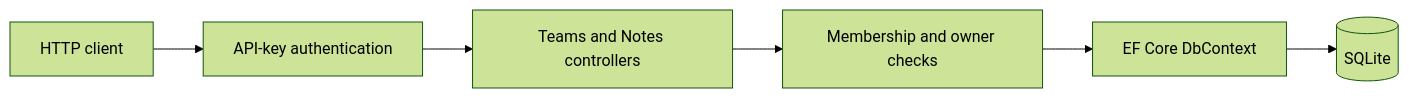
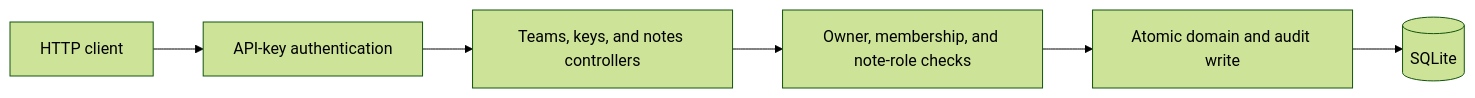
Before and after one commit to aldenpark/bluestaq-testgorilla-assessment: the first of 2 diagrams in README.md, drawn with Mermaid (forest theme). The commit also changed other lines of this file and 30 other files, not shown here.

````diff
--- a/README.md
+++ b/README.md
@@ -140,8 +177,8 @@
 ```mermaid
 flowchart LR
     Client[HTTP client] --> Auth[API-key authentication]
-    Auth --> Controllers[Teams and Notes controllers]
-    Controllers --> Authorization[Membership and owner checks]
-    Authorization --> EF[EF Core DbContext]
+    Auth --> Controllers[Teams, keys, and notes controllers]
+    Controllers --> Authorization[Owner, membership, and note-role checks]
+    Authorization --> EF[Atomic domain and audit write]
     EF --> SQLite[(SQLite)]
 ```
````
